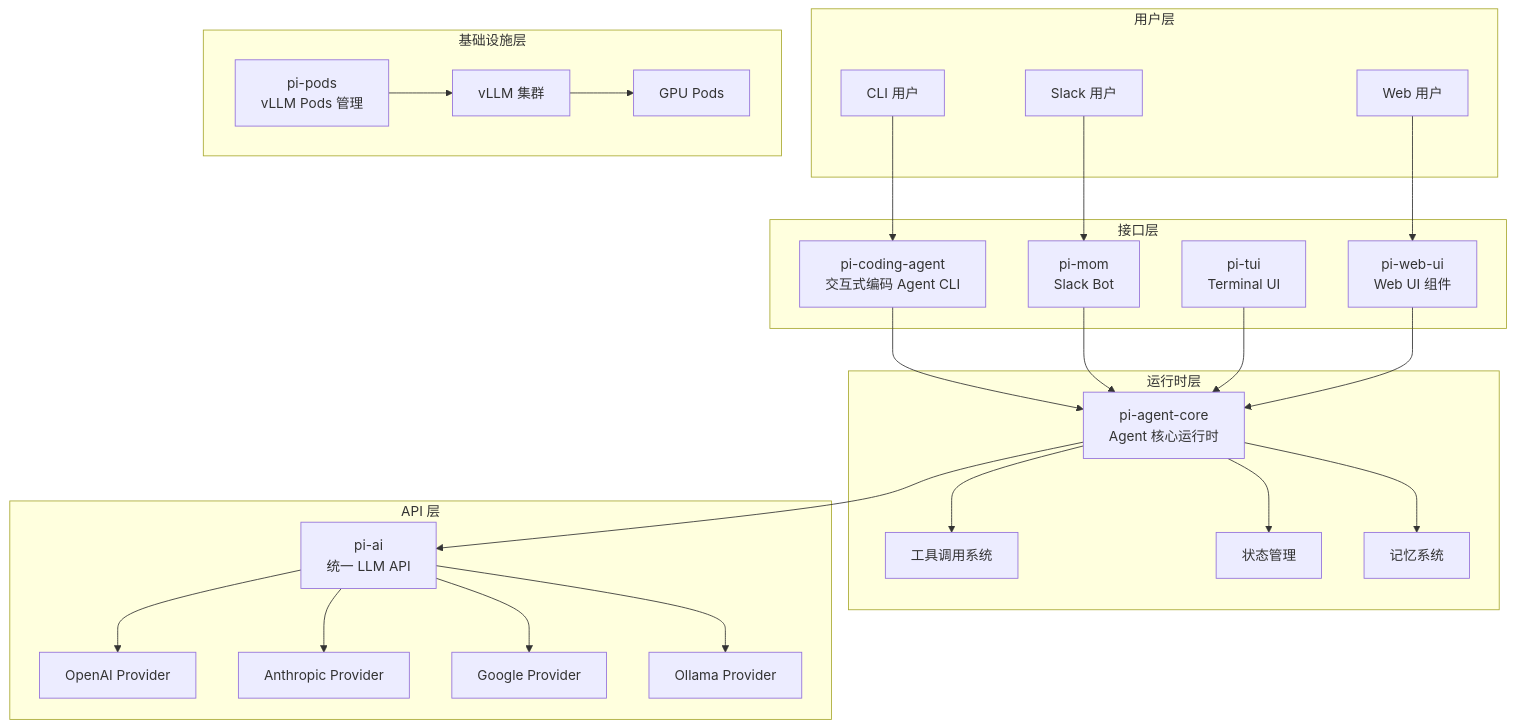
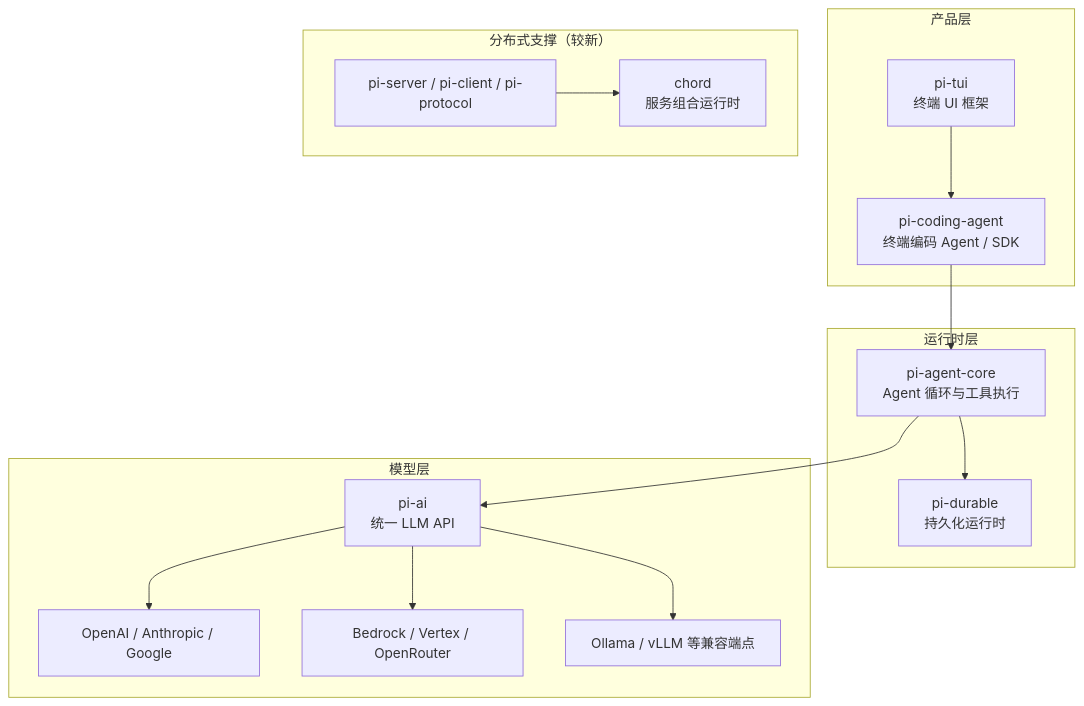
Before and after one commit to A1pha3/text-matrix: the diagram in content/posts/tech/ai-agent/pi-mono-ai-agent-toolkit.md, drawn with Mermaid. The commit also changed other lines of this file and 227 other files, not shown here.

````diff
--- a/content/posts/tech/ai-agent/pi-mono-ai-agent-toolkit.md
+++ b/content/posts/tech/ai-agent/pi-mono-ai-agent-toolkit.md
@@ -94,58 +95,31 @@
 ```mermaid
 graph TD
-    subgraph User["用户层"]
-        UserCLI[CLI 用户]
-        UserSlack[Slack 用户]
-        UserWeb[Web 用户]
-    end
-
-    subgraph Interface["接口层"]
-        CodingAgent[pi-coding-agent<br/>交互式编码 Agent CLI]
-        SlackBot[pi-mom<br/>Slack Bot]
-        WebUI[pi-web-ui<br/>Web UI 组件]
-        TUI[pi-tui<br/>Terminal UI]
+    subgraph Product["产品层"]
+        CLI[pi-coding-agent<br/>终端编码 Agent / SDK]
+        TUI[pi-tui<br/>终端 UI 框架]
     end
 
     subgraph Runtime["运行时层"]
-        AgentCore[pi-agent-core<br/>Agent 核心运行时]
-        ToolCalling[工具调用系统]
-        StateManagement[状态管理]
-        Memory[记忆系统]
+        Core[pi-agent-core<br/>Agent 循环与工具执行]
+        Durable[pi-durable<br/>持久化运行时]
     end
 
-    subgraph API["API 层"]
-        UnifiedAPI[pi-ai<br/>统一 LLM API]
-        OpenAIProvider[OpenAI Provider]
-        AnthropicProvider[Anthropic Provider]
-        GoogleProvider[Google Provider]
-        OllamaProvider[Ollama Provider]
+    subgraph API["模型层"]
+        AI[pi-ai<br/>统一 LLM API]
+        P1[OpenAI / Anthropic / Google]
+        P2[Bedrock / Vertex / OpenRouter]
+        P3[Ollama / vLLM 等兼容端点]
     end
 
-    subgraph Infra["基础设施层"]
-        PodsCLI[pi-pods<br/>vLLM Pods 管理]
-        vLLM[vLLM 集群]
-        GPU[GPU Pods]
+    subgraph Infra["分布式支撑（较新）"]
+        Chord[chord<br/>服务组合运行时]
+        Server[pi-server / pi-client / pi-protocol]
     end
 
-    UserCLI --> CodingAgent
-    UserSlack --> SlackBot
-    UserWeb --> WebUI
-
-    CodingAgent --> AgentCore
-    SlackBot --> AgentCore
-    TUI --> AgentCore
-    WebUI --> AgentCore
-
-    AgentCore --> UnifiedAPI
-    AgentCore --> ToolCalling
-    AgentCore --> StateManagement
-    AgentCore --> Memory
-
-    UnifiedAPI --> OpenAIProvider
-    UnifiedAPI --> AnthropicProvider
-    UnifiedAPI --> GoogleProvider
-    UnifiedAPI --> OllamaProvider
-
-    PodsCLI --> vLLM
-    vLLM --> GPU
+    CLI --> Core
+    TUI --> CLI
+    Core --> AI
+    Core --> Durable
+    AI --> P1 & P2 & P3
+    Server --> Chord
 ```
````
